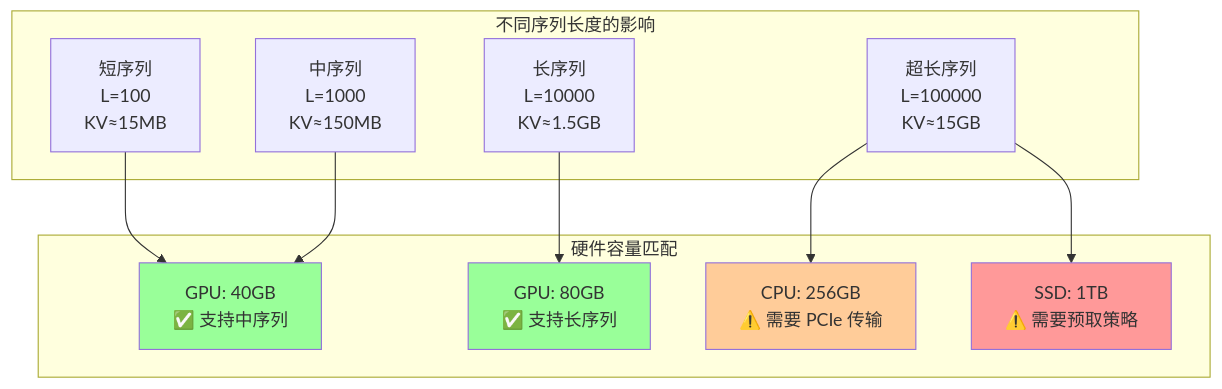
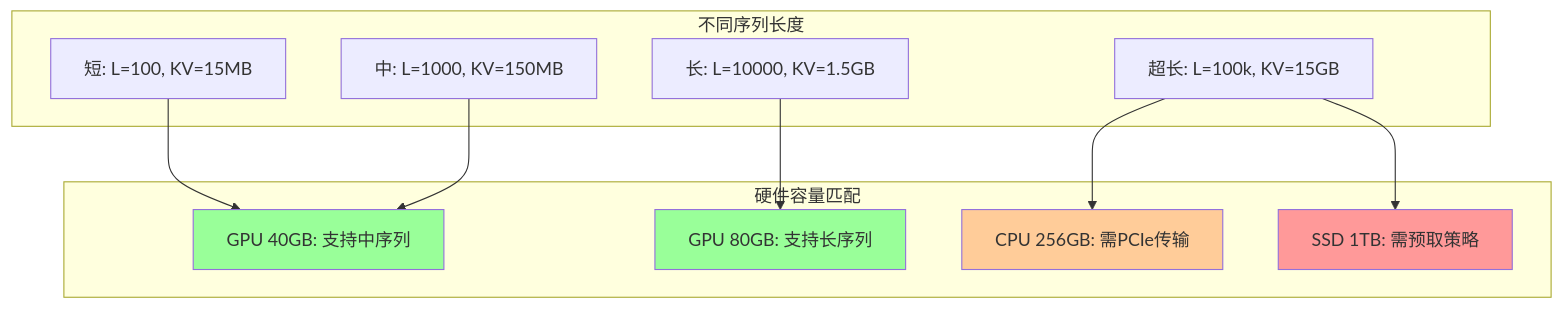
One commit to konyellin-cyber/longer changed diagram 12 of 16 in kvcache_implementation.md. Above: the diagram before and after it, drawn with Mermaid. The commit also changed other lines of this file, not shown here.

Commit message:
Fix Mermaid syntax errors: remove special characters and multiline text in node labels

````diff
--- a/kvcache_implementation.md
+++ b/kvcache_implementation.md
@@ -354,27 +374,27 @@
 ```mermaid
 graph TB
-    subgraph "不同序列长度的影响"
-        L1["短序列<br/>L=100<br/>KV≈15MB"]
-        L2["中序列<br/>L=1000<br/>KV≈150MB"]
-        L3["长序列<br/>L=10000<br/>KV≈1.5GB"]
-        L4["超长序列<br/>L=100000<br/>KV≈15GB"]
+    subgraph A["不同序列长度"]
+        L1["短: L=100, KV=15MB"]
+        L2["中: L=1000, KV=150MB"]
+        L3["长: L=10000, KV=1.5GB"]
+        L4["超长: L=100k, KV=15GB"]
     end
     
-    subgraph "硬件容量匹配"
-        H1["GPU: 40GB<br/>✅ 支持中序列"]
-        H2["GPU: 80GB<br/>✅ 支持长序列"]
-        H3["CPU: 256GB<br/>⚠️ 需要 PCIe 传输"]
-        H4["SSD: 1TB<br/>⚠️ 需要预取策略"]
+    subgraph B["硬件容量匹配"]
+        H1["GPU 40GB: 支持中序列"]
+        H2["GPU 80GB: 支持长序列"]
+        H3["CPU 256GB: 需PCIe传输"]
+        H4["SSD 1TB: 需预取策略"]
     end
     
     L1 --> H1
     L2 --> H1
     L3 --> H2
     L4 --> H3
     L4 --> H4
     
     style H1 fill:#99ff99
     style H2 fill:#99ff99
     style H3 fill:#ffcc99
     style H4 fill:#ff9999
 ```
````
